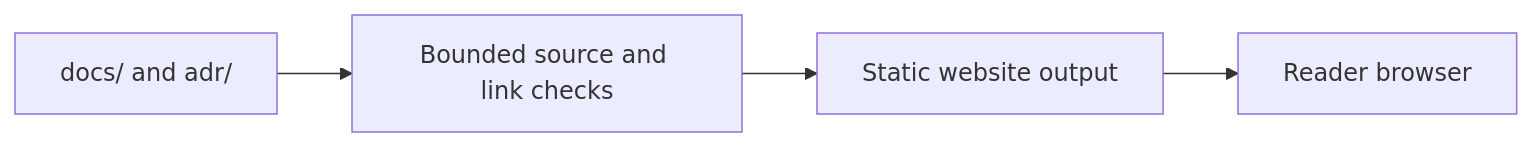
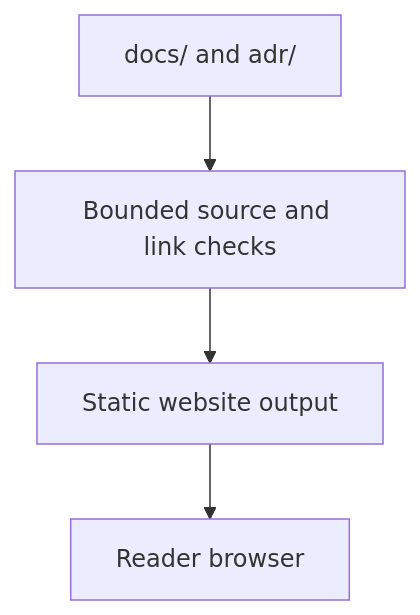
Before and after one commit to KirilsTurkins/latent-service-fabric: the diagram in docs/development/website.md, drawn with Mermaid. The commit also changed other lines of this file and 6 other files, not shown here.

````diff
--- a/docs/development/website.md
+++ b/docs/development/website.md
@@ -12,6 +12,6 @@
 ```mermaid
-flowchart LR
+flowchart TD
   Source["docs/ and adr/"] --> Validation["Bounded source and link checks"]
   Validation --> Output["Static website output"]
   Output --> Reader["Reader browser"]
 ```
````
